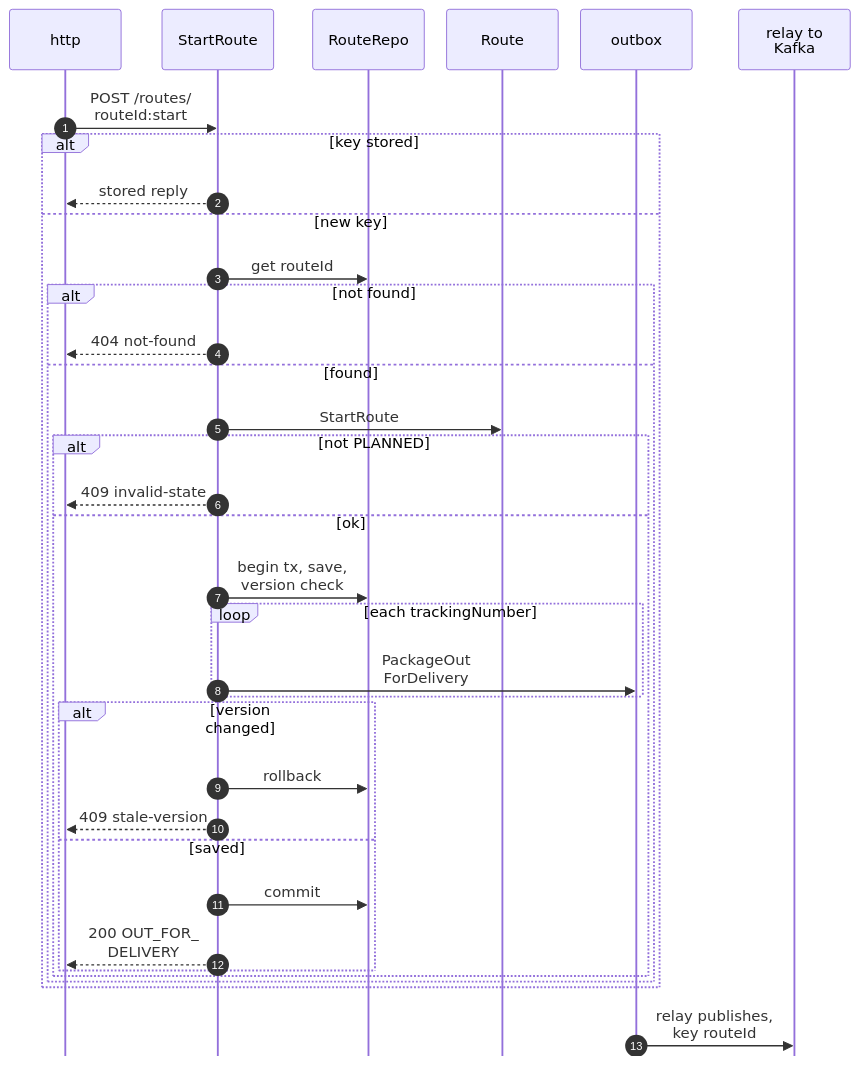
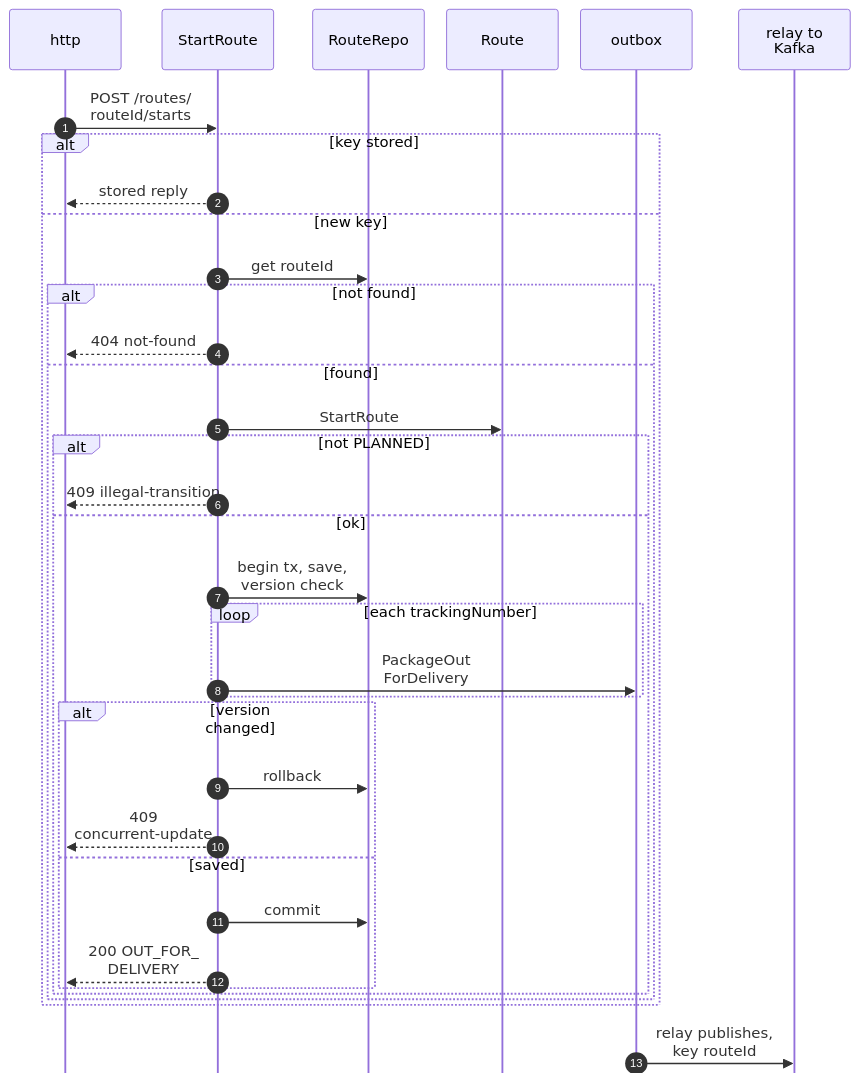
Before and after one commit to IQVO/warehouse-docs: the eighth of 11 diagrams in network/docs/contexts/last-mile-delivery/sequence-diagrams.md, drawn with Mermaid. The commit also changed other lines of this file and 7 other files, not shown here.

````diff
--- a/network/docs/contexts/last-mile-delivery/sequence-diagrams.md
+++ b/network/docs/contexts/last-mile-delivery/sequence-diagrams.md
@@ -300,38 +322,38 @@
 ```mermaid
 %%{init: {"sequence": {"wrap": true, "width": 120, "actorMargin": 24, "messageMargin": 28, "boxMargin": 6, "noteMargin": 6, "mirrorActors": false}}}%%
 sequenceDiagram
     autonumber
     participant HTTP as http
     participant UC as StartRoute
     participant REPO as RouteRepo
     participant AGG as Route
     participant OB as outbox
     participant K as relay to Kafka
-    HTTP->>UC: POST /routes/<br/>routeId:start
+    HTTP->>UC: POST /routes/<br/>routeId/starts
     alt key stored
         UC-->>HTTP: stored reply
     else new key
         UC->>REPO: get routeId
         alt not found
             UC-->>HTTP: 404 not-found
         else found
             UC->>AGG: StartRoute
             alt not PLANNED
-                UC-->>HTTP: 409 invalid-state
+                UC-->>HTTP: 409 illegal-transition
             else ok
                 UC->>REPO: begin tx, save,<br/>version check
                 loop each trackingNumber
                     UC->>OB: PackageOut<br/>ForDelivery
                 end
                 alt version changed
                     UC->>REPO: rollback
-                    UC-->>HTTP: 409 stale-version
+                    UC-->>HTTP: 409 concurrent-update
                 else saved
                     UC->>REPO: commit
                     UC-->>HTTP: 200 OUT_FOR_<br/>DELIVERY
                 end
             end
         end
     end
     OB->>K: relay publishes,<br/>key routeId
 ```
````
